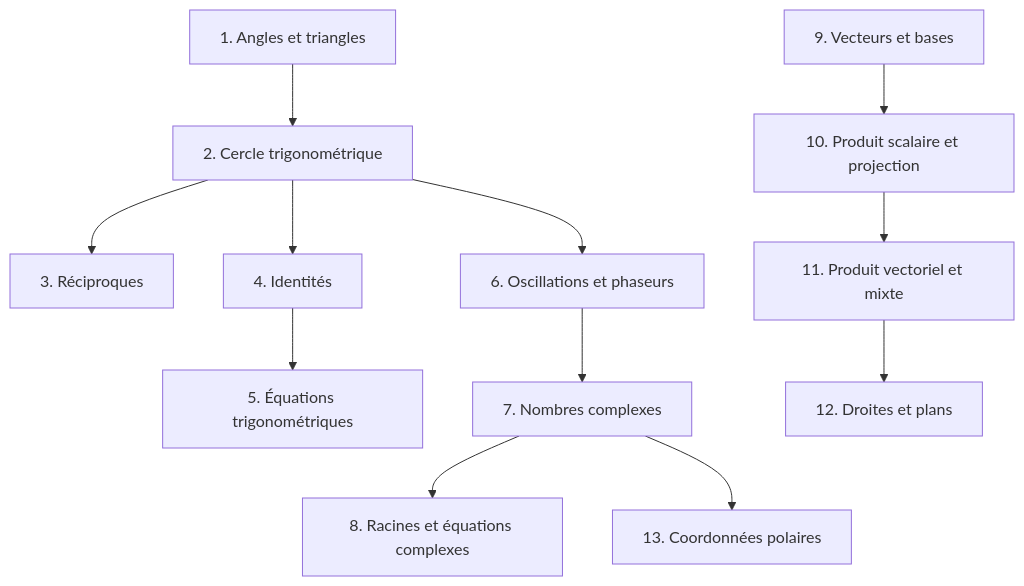
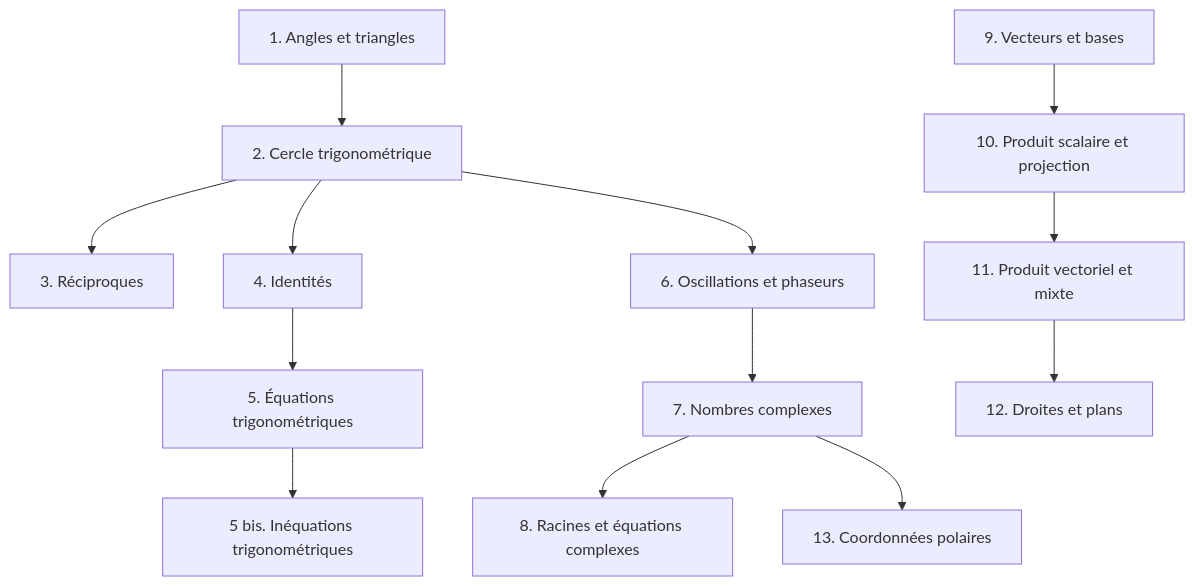
Before and after one commit to GoobyWoobies/HEIA-IT: the diagram in maths/algebre/algebre.md, drawn with Mermaid. The commit also changed other lines of this file and 16 other files, not shown here.

````diff
--- a/maths/algebre/algebre.md
+++ b/maths/algebre/algebre.md
@@ -29,14 +30,15 @@
 ```mermaid
 flowchart TD
     A["1. Angles et triangles"] --> B["2. Cercle trigonométrique"]
     B --> C["3. Réciproques"]
     B --> D["4. Identités"]
     D --> E["5. Équations trigonométriques"]
+    E --> E2["5 bis. Inéquations trigonométriques"]
     B --> F["6. Oscillations et phaseurs"]
     F --> G["7. Nombres complexes"]
     G --> H["8. Racines et équations complexes"]
     G --> M["13. Coordonnées polaires"]
     I["9. Vecteurs et bases"] --> J["10. Produit scalaire et projection"]
     J --> K["11. Produit vectoriel et mixte"]
     K --> L["12. Droites et plans"]
 ```
````
